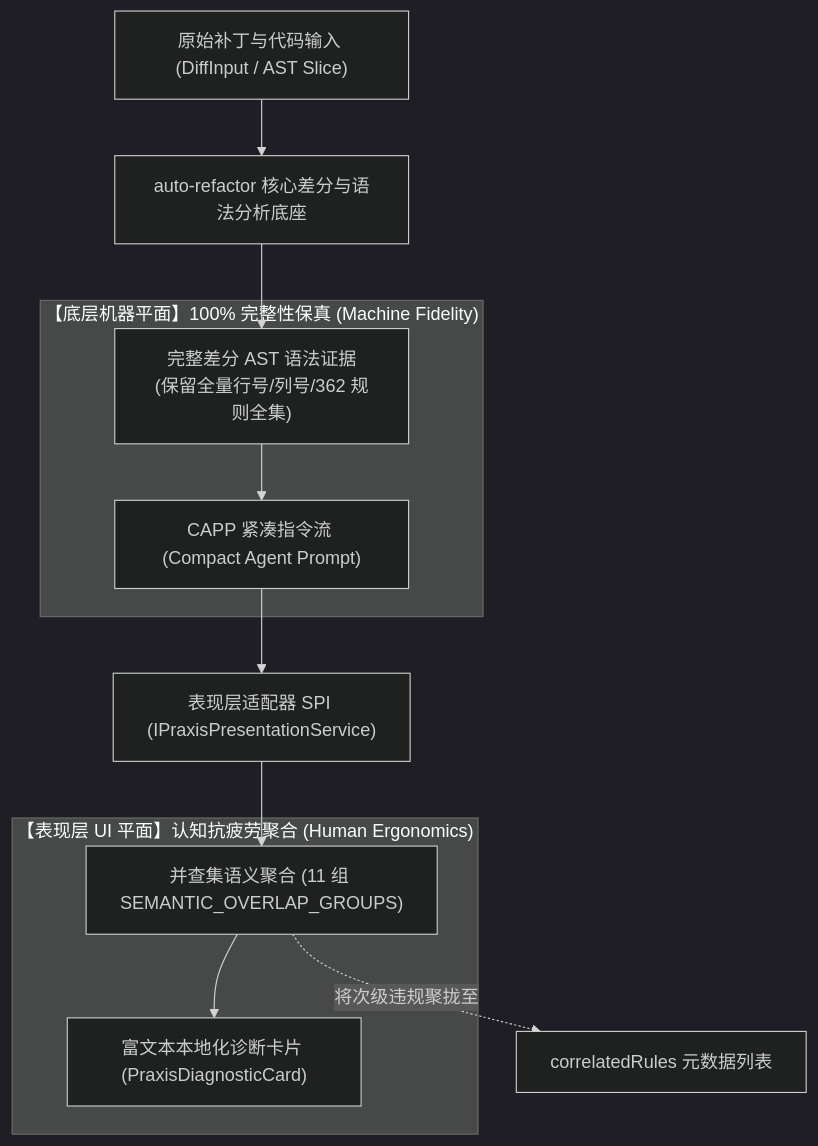
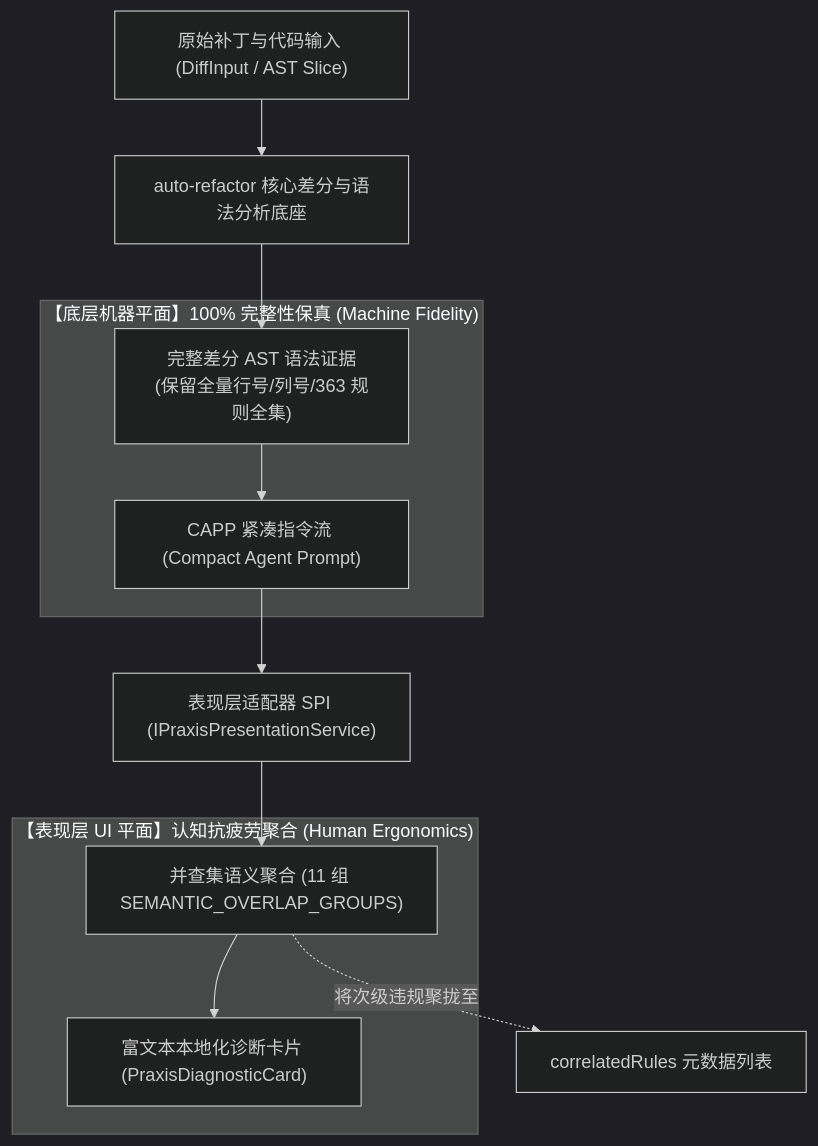
The first of 2 diagrams in auto-refactor/docs/06-praxis-delivery/01-praxis-architecture-and-spi-contracts.md (guilingzhouyi-creator/vscode-extensions), drawn with Mermaid (dark theme) before and after one commit. The commit also changed 18 other files, not shown here.

````diff
--- a/auto-refactor/docs/06-praxis-delivery/01-praxis-architecture-and-spi-contracts.md
+++ b/auto-refactor/docs/06-praxis-delivery/01-praxis-architecture-and-spi-contracts.md
@@ -14,21 +14,21 @@
 ```mermaid
 flowchart TD
     DIFF["原始补丁与代码输入 (DiffInput / AST Slice)"] --> CORE["auto-refactor 核心差分与语法分析底座"]
     
     subgraph MachinePlane["【底层机器平面】100% 完整性保真 (Machine Fidelity)"]
-        AST_COMPLETE["完整差分 AST 语法证据<br/>(保留全量行号/列号/362 规则全集)"]
+        AST_COMPLETE["完整差分 AST 语法证据<br/>(保留全量行号/列号/363 规则全集)"]
         CAPP["CAPP 紧凑指令流 (Compact Agent Prompt)"]
     end
     
     subgraph HumanPlane["【表现层 UI 平面】认知抗疲劳聚合 (Human Ergonomics)"]
         UNION_FIND["并查集语义聚合 (11 组 SEMANTIC_OVERLAP_GROUPS)"]
         CARDS["富文本本地化诊断卡片 (PraxisDiagnosticCard)"]
     end
     
     CORE --> AST_COMPLETE
     AST_COMPLETE --> CAPP
     CAPP --> IPres["表现层适配器 SPI (IPraxisPresentationService)"]
     IPres --> UNION_FIND
     UNION_FIND --> CARDS
     UNION_FIND -.->|将次级违规聚拢至| META["correlatedRules 元数据列表"]
 ```
````
